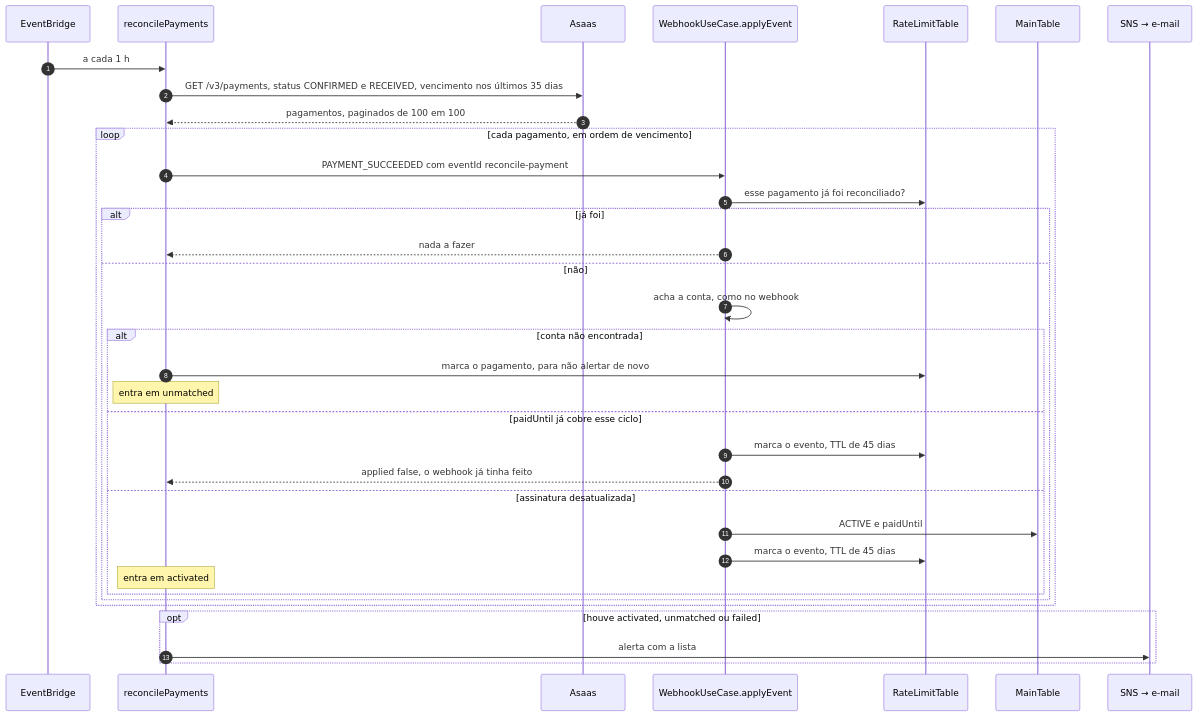
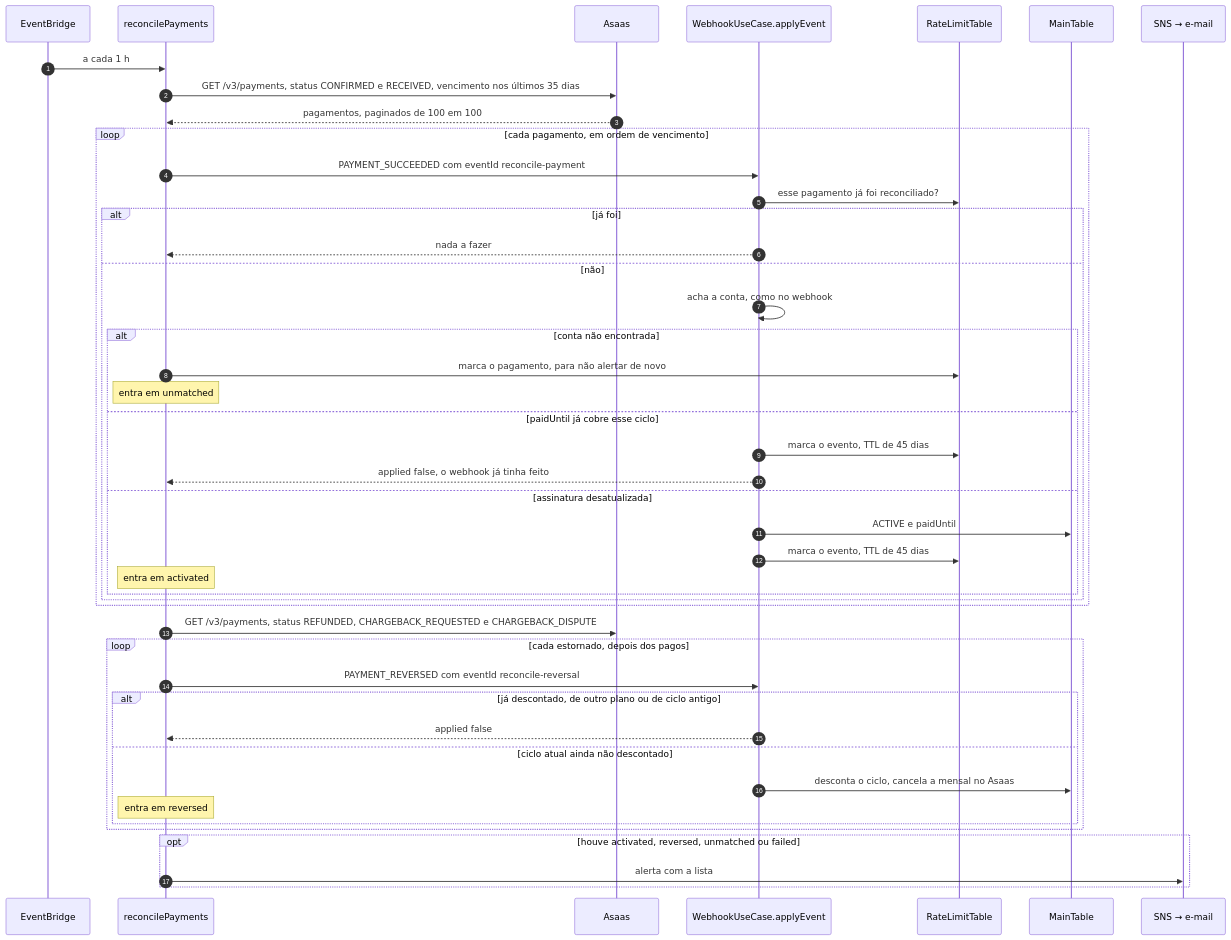
The diagram in docs/guide/fluxos/billing-reconciliacao.md (nivaldoandrade/nacal-api), drawn with Mermaid before and after one commit. The commit also changed other lines of this file and 16 other files, not shown here.

````diff
--- a/docs/guide/fluxos/billing-reconciliacao.md
+++ b/docs/guide/fluxos/billing-reconciliacao.md
@@ -16,38 +16,48 @@
 ```mermaid
 sequenceDiagram
     autonumber
     participant EB as EventBridge
     participant R as reconcilePayments
     participant As as Asaas
     participant W as WebhookUseCase.applyEvent
     participant RL as RateLimitTable
     participant DB as MainTable
     participant SNS as SNS → e-mail
 
     EB->>R: a cada 1 h
     R->>As: GET /v3/payments, status CONFIRMED e RECEIVED, vencimento nos últimos 35 dias
     As-->>R: pagamentos, paginados de 100 em 100
     loop cada pagamento, em ordem de vencimento
         R->>W: PAYMENT_SUCCEEDED com eventId reconcile-payment#paymentId
         W->>RL: esse pagamento já foi reconciliado?
         alt já foi
             W-->>R: nada a fazer
         else não
             W->>W: acha a conta, como no webhook
             alt conta não encontrada
                 R->>RL: marca o pagamento, para não alertar de novo
                 Note over R: entra em unmatched
             else paidUntil já cobre esse ciclo
                 W->>RL: marca o evento, TTL de 45 dias
                 W-->>R: applied false, o webhook já tinha feito
             else assinatura desatualizada
                 W->>DB: ACTIVE e paidUntil
                 W->>RL: marca o evento, TTL de 45 dias
                 Note over R: entra em activated
             end
         end
     end
-    opt houve activated, unmatched ou failed
+    R->>As: GET /v3/payments, status REFUNDED, CHARGEBACK_REQUESTED e CHARGEBACK_DISPUTE
+    loop cada estornado, depois dos pagos
+        R->>W: PAYMENT_REVERSED com eventId reconcile-reversal#paymentId, sem alerta próprio
+        alt já descontado, de outro plano ou de ciclo antigo
+            W-->>R: applied false
+        else ciclo atual ainda não descontado
+            W->>DB: desconta o ciclo, cancela a mensal no Asaas
+            Note over R: entra em reversed
+        end
+    end
+    opt houve activated, reversed, unmatched ou failed
         R->>SNS: alerta com a lista
     end
 ```
````
